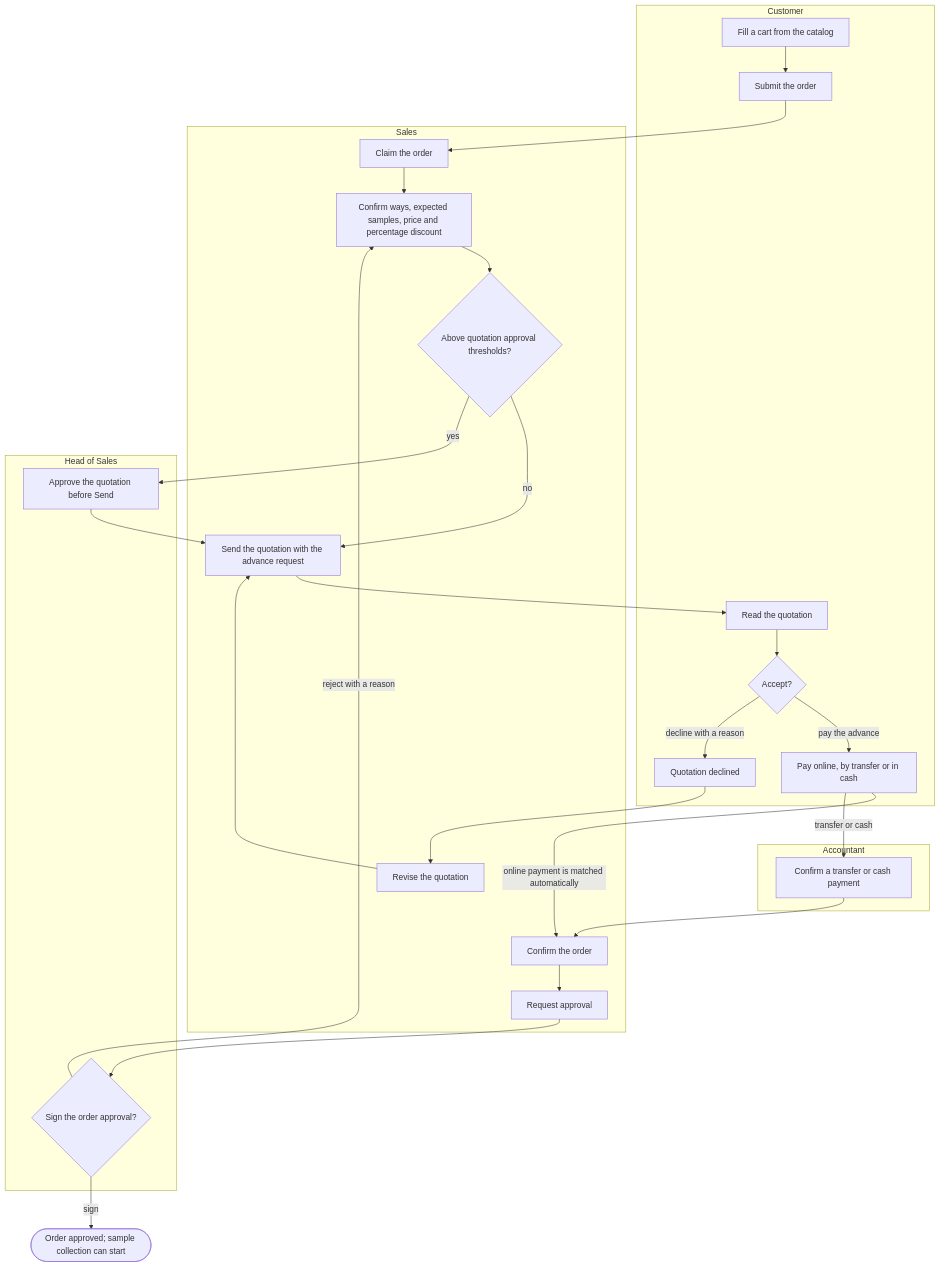
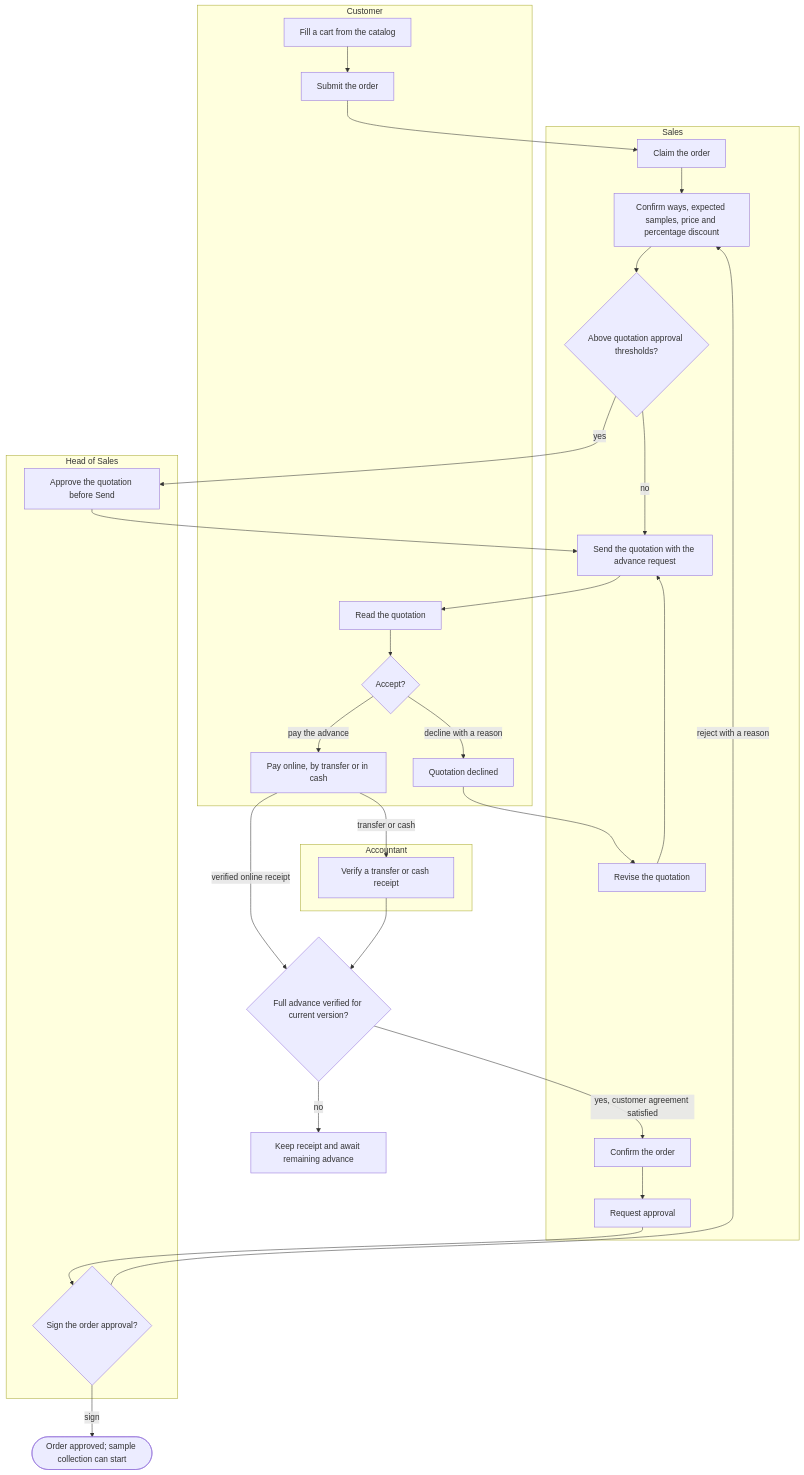
One commit to SoltuneMontepre/medilab changed the first of 16 diagrams in docs/functional/business-flows.md. Above: the diagram before and after it, drawn with Mermaid. The commit also changed other lines of this file and 16 other files, not shown here.

First line of the commit message:
[docs] Record agreed advance-payment lifecycle and retain accounting questions

````diff
--- a/docs/functional/business-flows.md
+++ b/docs/functional/business-flows.md
@@ -52,32 +52,34 @@
 ```mermaid
 flowchart TD
     subgraph lane1 ["Customer"]
         c1[Fill a cart from the catalog] --> c2[Submit the order]
         c3[Read the quotation] --> c4{Accept?}
         c4 -->|pay the advance| c5[Pay online, by transfer or in cash]
         c4 -->|decline with a reason| c6[Quotation declined]
     end
     subgraph lane2 ["Sales"]
         s1[Claim the order] --> s2[Confirm ways, expected samples, price and percentage discount]
         s2 --> gate{Above quotation approval thresholds?}
         gate -->|no| s3[Send the quotation with the advance request]
         s4[Confirm the order] --> s5[Request approval]
         s6[Revise the quotation]
     end
     subgraph lane3 ["Accountant"]
-        a1[Confirm a transfer or cash payment]
+        a1[Verify a transfer or cash receipt]
     end
     subgraph lane4 ["Head of Sales"]
         h0[Approve the quotation before Send]
         h1{Sign the order approval?}
     end
     c2 --> s1
     gate -->|yes| h0 --> s3
     s3 --> c3
-    c5 -->|online payment is matched automatically| s4
-    c5 -->|transfer or cash| a1 --> s4
+    c5 -->|verified online receipt| funding{Full advance verified for current version?}
+    c5 -->|transfer or cash| a1 --> funding
+    funding -->|yes, customer agreement satisfied| s4
+    funding -->|no| waiting[Keep receipt and await remaining advance]
     c6 --> s6 --> s3
     s5 --> h1
     h1 -->|reject with a reason| s2
     h1 -->|sign| done(["Order approved; sample collection can start"])
 ```
````
